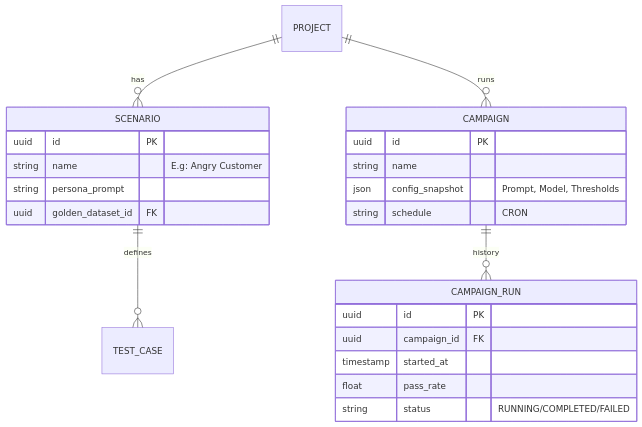
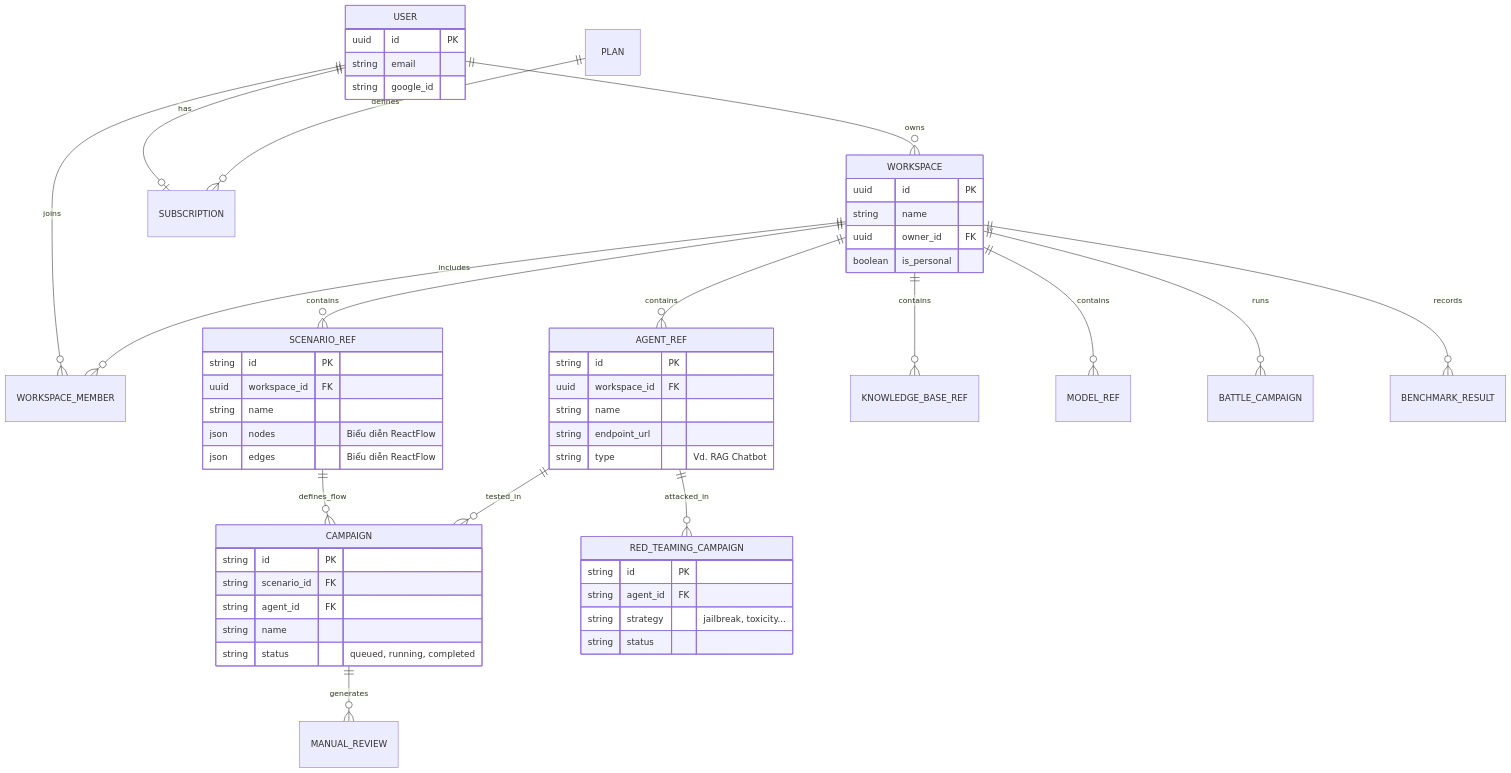
The diagram in langeval-ui/docs/vi/03-Database-Design.md (solana8800/langeval), drawn with Mermaid before and after one commit. The commit also changed other lines of this file and 1 other file, not shown here.

Commit message:
feat: update database design

````diff
--- a/langeval-ui/docs/vi/03-Database-Design.md
+++ b/langeval-ui/docs/vi/03-Database-Design.md
@@ -25,29 +25,63 @@
 ```mermaid
 erDiagram
-    PROJECT ||--o{ SCENARIO : has
-    PROJECT ||--o{ CAMPAIGN : runs
-    SCENARIO ||--o{ TEST_CASE : defines
-    CAMPAIGN ||--o{ CAMPAIGN_RUN : history
+    %% Identity & Billing
+    USER ||--o{ WORKSPACE_MEMBER : joins
+    WORKSPACE ||--o{ WORKSPACE_MEMBER : includes
+    USER ||--o{ WORKSPACE : owns
+    USER ||--o| SUBSCRIPTION : has
+    PLAN ||--o{ SUBSCRIPTION : defines
+
+    %% Workspace Resources
+    WORKSPACE ||--o{ AGENT_REF : contains
+    WORKSPACE ||--o{ SCENARIO_REF : contains
+    WORKSPACE ||--o{ KNOWLEDGE_BASE_REF : contains
+    WORKSPACE ||--o{ MODEL_REF : contains
+
+    %% Campaigns & Execution
+    SCENARIO_REF ||--o{ CAMPAIGN : defines_flow
+    AGENT_REF ||--o{ CAMPAIGN : tested_in
+    CAMPAIGN ||--o{ MANUAL_REVIEW : generates
     
-    CAMPAIGN {
+    AGENT_REF ||--o{ RED_TEAMING_CAMPAIGN : attacked_in
+    WORKSPACE ||--o{ BATTLE_CAMPAIGN : runs
+    WORKSPACE ||--o{ BENCHMARK_RESULT : records
+
+    USER {
+        uuid id PK
+        string email
+        string google_id
+    }
+    WORKSPACE {
         uuid id PK
         string name
-        json config_snapshot "Prompt, Model, Thresholds"
-        string schedule "CRON"
+        uuid owner_id FK
+        boolean is_personal
     }
-
-    CAMPAIGN_RUN {
-        uuid id PK
-        uuid campaign_id FK
-        timestamp started_at
-        float pass_rate
-        string status "RUNNING/COMPLETED/FAILED"
+    AGENT_REF {
+        string id PK
+        uuid workspace_id FK
+        string name
+        string endpoint_url
+        string type "Vd. RAG Chatbot"
     }
-
-    SCENARIO {
-        uuid id PK
-        string name "E.g: Angry Customer"
-        string persona_prompt
-        uuid golden_dataset_id FK
+    SCENARIO_REF {
+        string id PK
+        uuid workspace_id FK
+        string name
+        json nodes "Biểu diễn ReactFlow"
+        json edges "Biểu diễn ReactFlow"
+    }
+    CAMPAIGN {
+        string id PK
+        string scenario_id FK
+        string agent_id FK
+        string name
+        string status "queued, running, completed"
+    }
+    RED_TEAMING_CAMPAIGN {
+        string id PK
+        string agent_id FK
+        string strategy "jailbreak, toxicity..."
+        string status
     }
 ```
````
